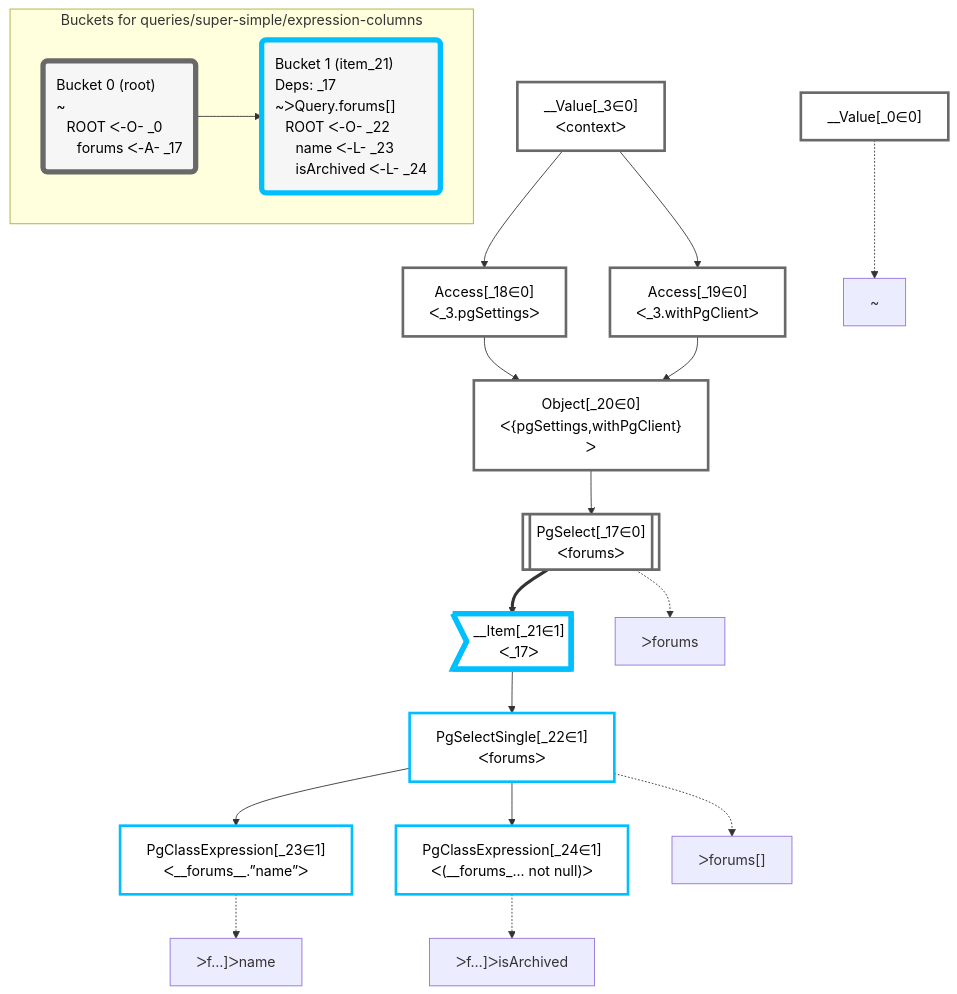
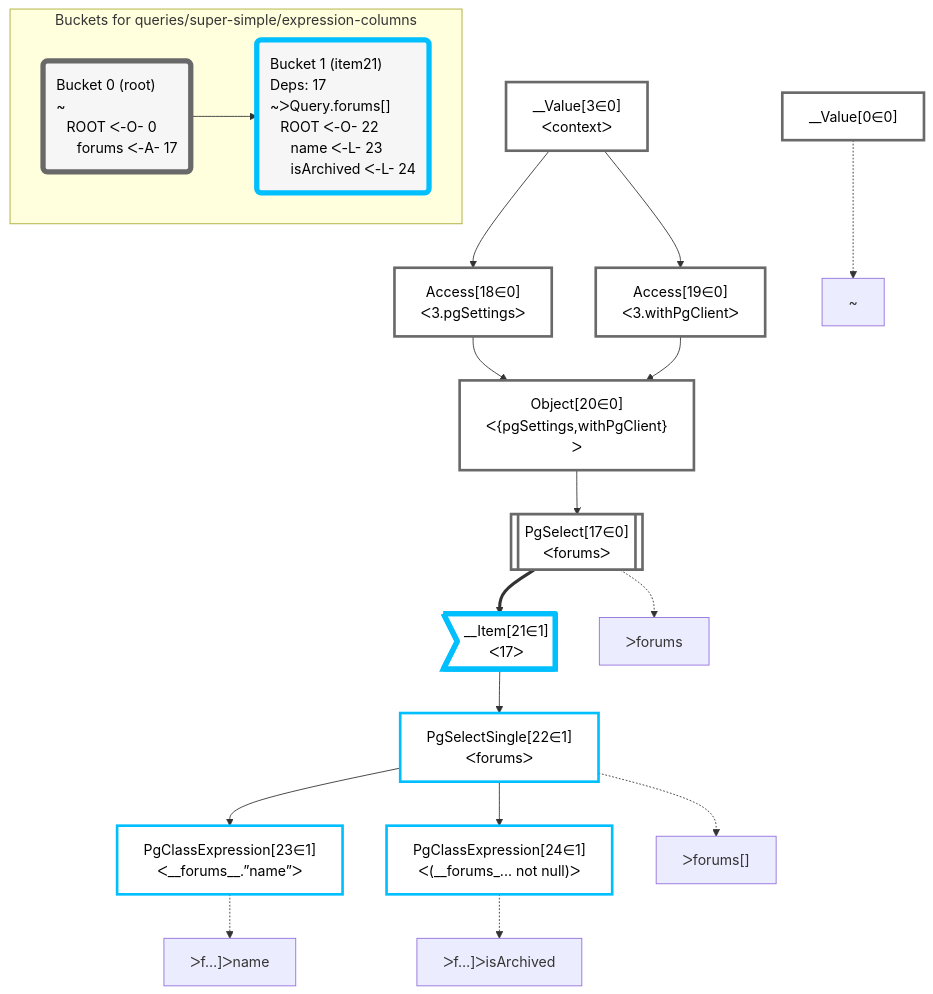
Before and after one commit to graphile/crystal: the diagram in packages/dataplan-pg/__tests__/queries/super-simple/expression-columns.deopt.mermaid.md, drawn with Mermaid. The commit also changed 195 other files, not shown here.

````diff
--- a/packages/dataplan-pg/__tests__/queries/super-simple/expression-columns.deopt.mermaid.md
+++ b/packages/dataplan-pg/__tests__/queries/super-simple/expression-columns.deopt.mermaid.md
@@ -1,53 +1,53 @@
 ```mermaid
 graph TD
     classDef path fill:#eee,stroke:#000,color:#000
     classDef plan fill:#fff,stroke-width:3px,color:#000
     classDef itemplan fill:#fff,stroke-width:6px,color:#000
     classDef sideeffectplan fill:#f00,stroke-width:6px,color:#000
     classDef bucket fill:#f6f6f6,color:#000,stroke-width:6px,text-align:left
 
 
     %% define plans
-    __Value_0["__Value[_0∈0]"]:::plan
-    PgClassExpression_23["PgClassExpression[_23∈1]<br />ᐸ__forums__.”name”ᐳ"]:::plan
-    PgClassExpression_24["PgClassExpression[_24∈1]<br />ᐸ(__forums_... not null)ᐳ"]:::plan
-    PgSelectSingle_22["PgSelectSingle[_22∈1]<br />ᐸforumsᐳ"]:::plan
-    __Item_21>"__Item[_21∈1]<br />ᐸ_17ᐳ"]:::itemplan
-    PgSelect_17[["PgSelect[_17∈0]<br />ᐸforumsᐳ"]]:::plan
-    Object_20["Object[_20∈0]<br />ᐸ{pgSettings,withPgClient}ᐳ"]:::plan
-    Access_18["Access[_18∈0]<br />ᐸ_3.pgSettingsᐳ"]:::plan
-    Access_19["Access[_19∈0]<br />ᐸ_3.withPgClientᐳ"]:::plan
-    __Value_3["__Value[_3∈0]<br />ᐸcontextᐳ"]:::plan
+    __Value0["__Value[0∈0]"]:::plan
+    PgClassExpression23["PgClassExpression[23∈1]<br />ᐸ__forums__.”name”ᐳ"]:::plan
+    PgClassExpression24["PgClassExpression[24∈1]<br />ᐸ(__forums_... not null)ᐳ"]:::plan
+    PgSelectSingle22["PgSelectSingle[22∈1]<br />ᐸforumsᐳ"]:::plan
+    __Item21>"__Item[21∈1]<br />ᐸ17ᐳ"]:::itemplan
+    PgSelect17[["PgSelect[17∈0]<br />ᐸforumsᐳ"]]:::plan
+    Object20["Object[20∈0]<br />ᐸ{pgSettings,withPgClient}ᐳ"]:::plan
+    Access18["Access[18∈0]<br />ᐸ3.pgSettingsᐳ"]:::plan
+    Access19["Access[19∈0]<br />ᐸ3.withPgClientᐳ"]:::plan
+    __Value3["__Value[3∈0]<br />ᐸcontextᐳ"]:::plan
 
     %% plan dependencies
-    PgSelectSingle_22 --> PgClassExpression_23
-    PgSelectSingle_22 --> PgClassExpression_24
-    __Item_21 --> PgSelectSingle_22
-    PgSelect_17 ==> __Item_21
-    Object_20 --> PgSelect_17
-    Access_18 & Access_19 --> Object_20
-    __Value_3 --> Access_18
-    __Value_3 --> Access_19
+    PgSelectSingle22 --> PgClassExpression23
+    PgSelectSingle22 --> PgClassExpression24
+    __Item21 --> PgSelectSingle22
+    PgSelect17 ==> __Item21
+    Object20 --> PgSelect17
+    Access18 & Access19 --> Object20
+    __Value3 --> Access18
+    __Value3 --> Access19
 
     %% plan-to-path relationships
-    P_0["~"]
-    __Value_0 -.-> P_0
-    P_17["ᐳforums"]
-    PgSelect_17 -.-> P_17
-    P_22["ᐳforums[]"]
-    PgSelectSingle_22 -.-> P_22
-    P_23["ᐳf…]ᐳname"]
-    PgClassExpression_23 -.-> P_23
-    P_24["ᐳf…]ᐳisArchived"]
-    PgClassExpression_24 -.-> P_24
+    P0["~"]
+    __Value0 -.-> P0
+    P17["ᐳforums"]
+    PgSelect17 -.-> P17
+    P22["ᐳforums[]"]
+    PgSelectSingle22 -.-> P22
+    P23["ᐳf…]ᐳname"]
+    PgClassExpression23 -.-> P23
+    P24["ᐳf…]ᐳisArchived"]
+    PgClassExpression24 -.-> P24
 
     subgraph "Buckets for queries/super-simple/expression-columns"
-    Bucket0("Bucket 0 (root)<br />~<br />⠀ROOT ᐸ-O- _0<br />⠀⠀forums ᐸ-A- _17"):::bucket
+    Bucket0("Bucket 0 (root)<br />~<br />⠀ROOT ᐸ-O- 0<br />⠀⠀forums ᐸ-A- 17"):::bucket
     classDef bucket0 stroke:#696969
-    class Bucket0,__Value_0,__Value_3,PgSelect_17,Access_18,Access_19,Object_20 bucket0
-    Bucket1("Bucket 1 (item_21)<br />Deps: _17<br />~ᐳQuery.forums[]<br />⠀ROOT ᐸ-O- _22<br />⠀⠀name ᐸ-L- _23<br />⠀⠀isArchived ᐸ-L- _24"):::bucket
+    class Bucket0,__Value0,__Value3,PgSelect17,Access18,Access19,Object20 bucket0
+    Bucket1("Bucket 1 (item21)<br />Deps: 17<br />~ᐳQuery.forums[]<br />⠀ROOT ᐸ-O- 22<br />⠀⠀name ᐸ-L- 23<br />⠀⠀isArchived ᐸ-L- 24"):::bucket
     classDef bucket1 stroke:#00bfff
-    class Bucket1,__Item_21,PgSelectSingle_22,PgClassExpression_23,PgClassExpression_24 bucket1
+    class Bucket1,__Item21,PgSelectSingle22,PgClassExpression23,PgClassExpression24 bucket1
     Bucket0 --> Bucket1
     end
 ```
````
